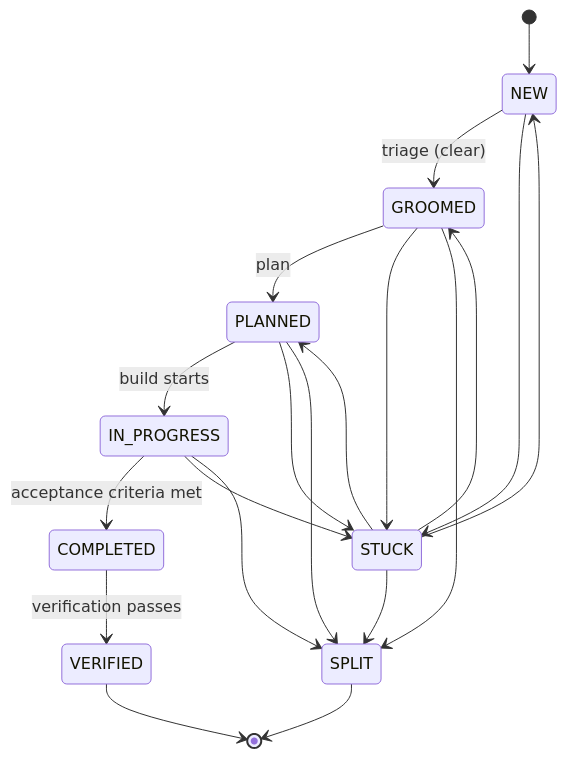
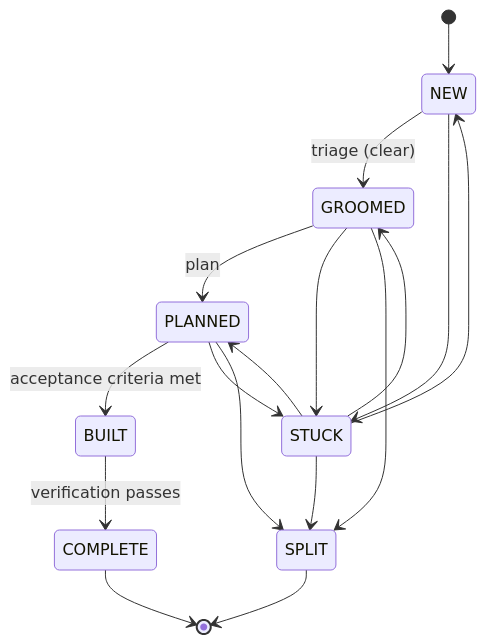
The diagram in README.md (vx-daniel/barf-ts), drawn with Mermaid before and after one commit. The commit also changed other lines of this file and 72 other files, not shown here.

````diff
--- a/README.md
+++ b/README.md
@@ -158,22 +158,19 @@
 ```mermaid
 stateDiagram-v2
     [*] --> NEW
     NEW --> GROOMED : triage (clear)
     NEW --> STUCK
     GROOMED --> PLANNED : plan
     GROOMED --> STUCK
     GROOMED --> SPLIT
-    PLANNED --> IN_PROGRESS : build starts
+    PLANNED --> BUILT : acceptance criteria met
     PLANNED --> STUCK
     PLANNED --> SPLIT
-    IN_PROGRESS --> COMPLETED : acceptance criteria met
-    IN_PROGRESS --> STUCK
-    IN_PROGRESS --> SPLIT
     STUCK --> PLANNED
     STUCK --> NEW
     STUCK --> GROOMED
     STUCK --> SPLIT
-    COMPLETED --> VERIFIED : verification passes
-    VERIFIED --> [*]
+    BUILT --> COMPLETE : verification passes
+    COMPLETE --> [*]
     SPLIT --> [*]
 ```
````
